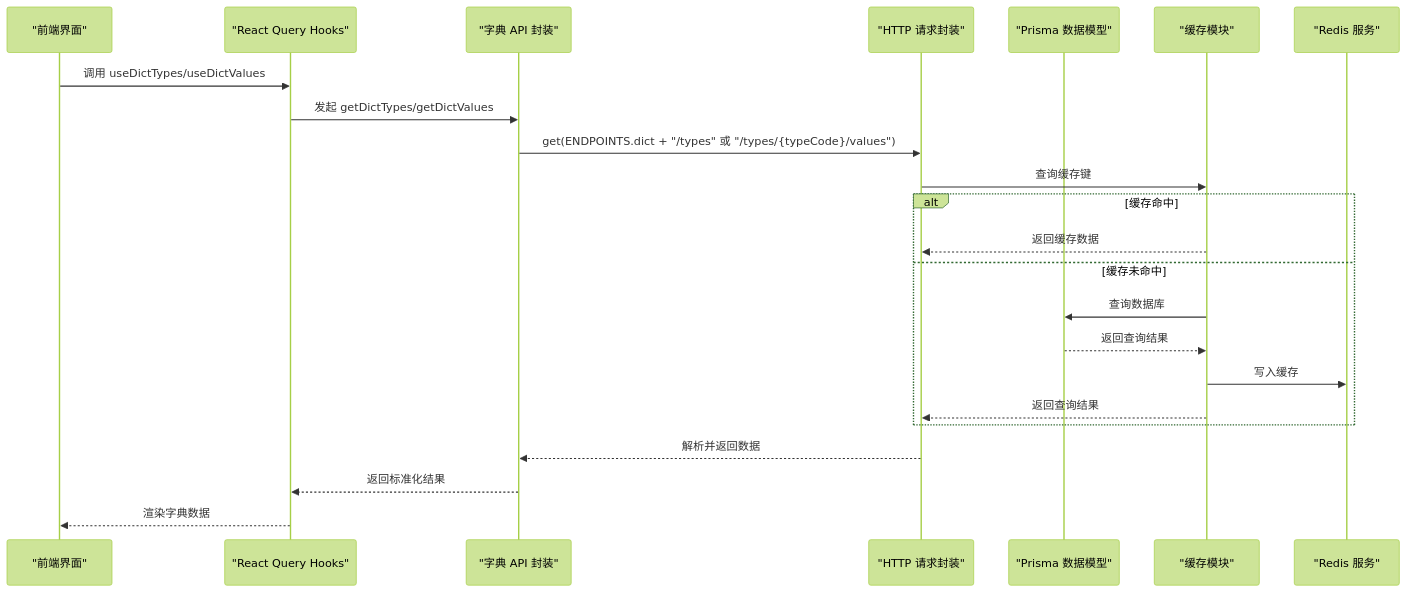
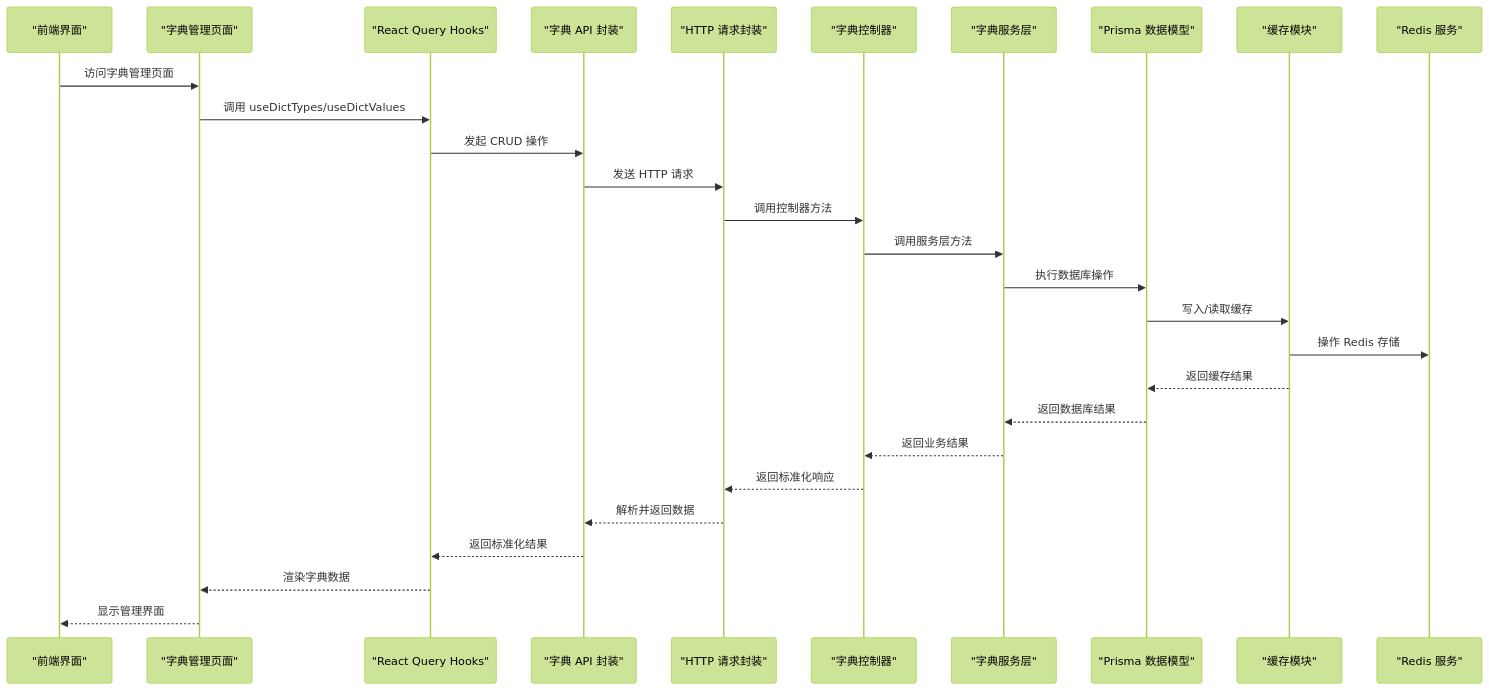
Before and after one commit to translateServers/nodes-stack: the second of 6 diagrams in .qoder/repowiki/zh/content/前端系统/API 集成/模块化 API 设计/字典管理模块 API.md, drawn with Mermaid (forest theme). The commit also changed other lines of this file and 5 other files, not shown here.

````diff
--- a/.qoder/repowiki/zh/content/前端系统/API 集成/模块化 API 设计/字典管理模块 API.md
+++ b/.qoder/repowiki/zh/content/前端系统/API 集成/模块化 API 设计/字典管理模块 API.md
@@ -106,25 +143,30 @@
 ```mermaid
 sequenceDiagram
 participant UI as "前端界面"
+participant Page as "字典管理页面"
 participant Hooks as "React Query Hooks"
 participant API as "字典 API 封装"
 participant HTTP as "HTTP 请求封装"
+participant Controller as "字典控制器"
+participant Service as "字典服务层"
 participant Prisma as "Prisma 数据模型"
 participant Cache as "缓存模块"
 participant Redis as "Redis 服务"
-UI->>Hooks : 调用 useDictTypes/useDictValues
-Hooks->>API : 发起 getDictTypes/getDictValues
-API->>HTTP : get(ENDPOINTS.dict + "/types" 或 "/types/{typeCode}/values")
-HTTP->>Cache : 查询缓存键
-alt 缓存命中
-Cache-->>HTTP : 返回缓存数据
-else 缓存未命中
-Cache->>Prisma : 查询数据库
-Prisma-->>Cache : 返回查询结果
-Cache->>Redis : 写入缓存
-Cache-->>HTTP : 返回查询结果
-end
+UI->>Page : 访问字典管理页面
+Page->>Hooks : 调用 useDictTypes/useDictValues
+Hooks->>API : 发起 CRUD 操作
+API->>HTTP : 发送 HTTP 请求
+HTTP->>Controller : 调用控制器方法
+Controller->>Service : 调用服务层方法
+Service->>Prisma : 执行数据库操作
+Prisma->>Cache : 写入/读取缓存
+Cache->>Redis : 操作 Redis 存储
+Cache-->>Prisma : 返回缓存结果
+Prisma-->>Service : 返回数据库结果
+Service-->>Controller : 返回业务结果
+Controller-->>HTTP : 返回标准化响应
 HTTP-->>API : 解析并返回数据
 API-->>Hooks : 返回标准化结果
-Hooks-->>UI : 渲染字典数据
+Hooks-->>Page : 渲染字典数据
+Page-->>UI : 显示管理界面
 ```
````
